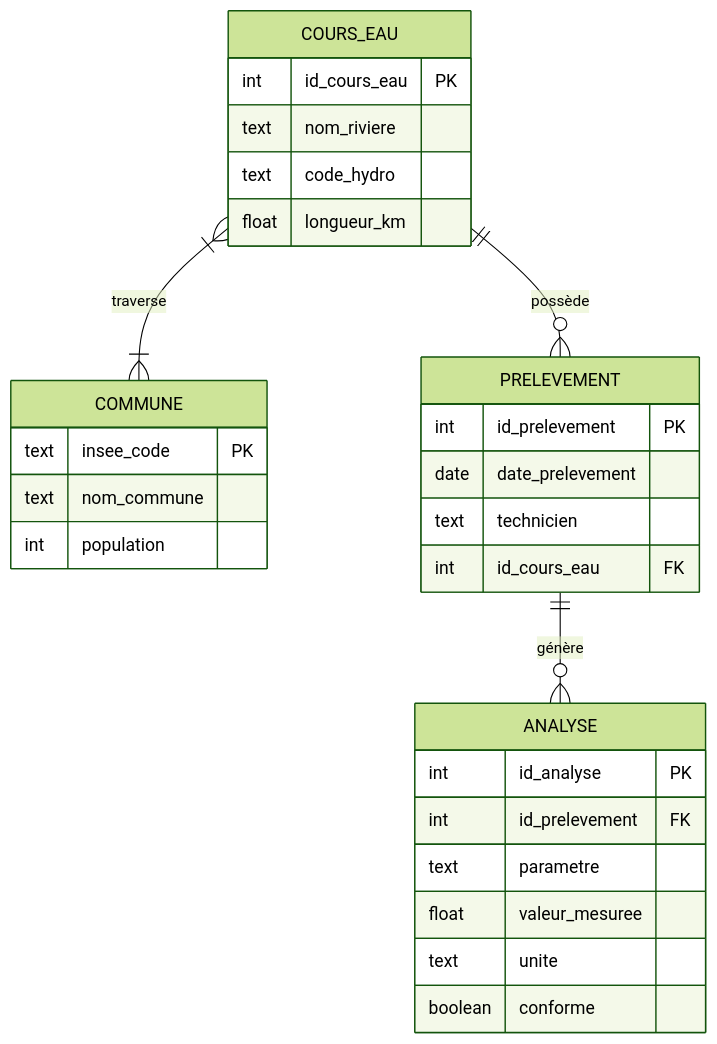
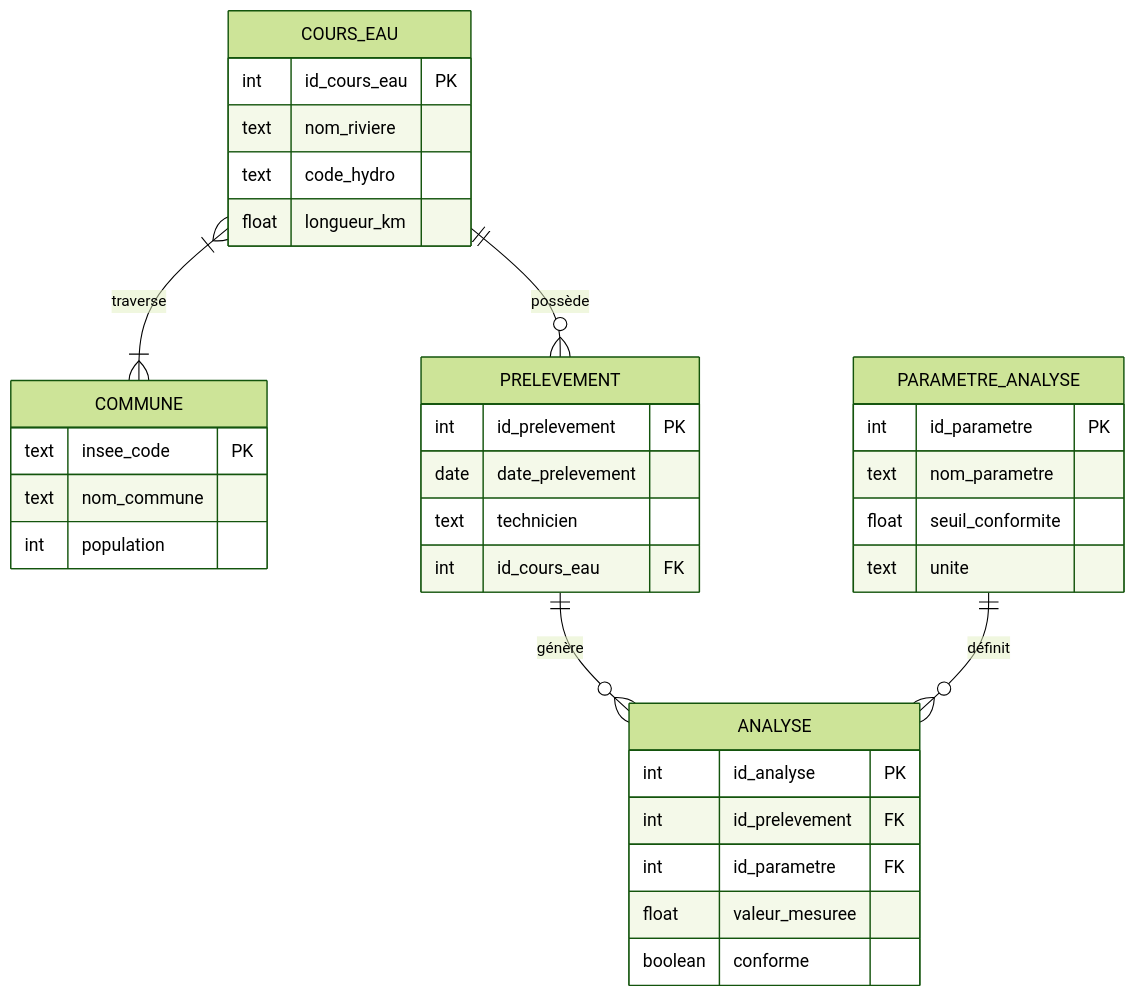
Before and after one commit to iggroup/formation_qgis: the second of 2 diagrams in base-de-donnees/modelisation-base-de-donnees.qmd, drawn with Mermaid (forest theme). The commit also changed other lines of this file and 1 other file, not shown here.

````diff
--- a/base-de-donnees/modelisation-base-de-donnees.qmd
+++ b/base-de-donnees/modelisation-base-de-donnees.qmd
@@ -201,37 +206,44 @@
 ```{mermaid}
 erDiagram
     COURS_EAU {
         int id_cours_eau PK
         text nom_riviere
         text code_hydro
         float longueur_km
     }
 
     COMMUNE {
         text insee_code PK
         text nom_commune
         int population
     }
 
     PRELEVEMENT {
         int id_prelevement PK
         date date_prelevement
         text technicien
         int id_cours_eau FK
     }
 
+    PARAMETRE_ANALYSE {
+        int id_parametre PK
+        text nom_parametre
+        float seuil_conformite
+        text unite
+    }
+
     ANALYSE {
         int id_analyse PK
         int id_prelevement FK
-        text parametre
+        int id_parametre FK
         float valeur_mesuree
-        text unite
         boolean conforme
     }
 
     COURS_EAU ||--o{ PRELEVEMENT : "possède"
     PRELEVEMENT ||--o{ ANALYSE : "génère"
+    PARAMETRE_ANALYSE ||--o{ ANALYSE : "définit"
     
     %% Relation N:N simplifiée ou ignorée pour l'exercice de base
     COURS_EAU }|--|{ COMMUNE : "traverse"
 ```
````
